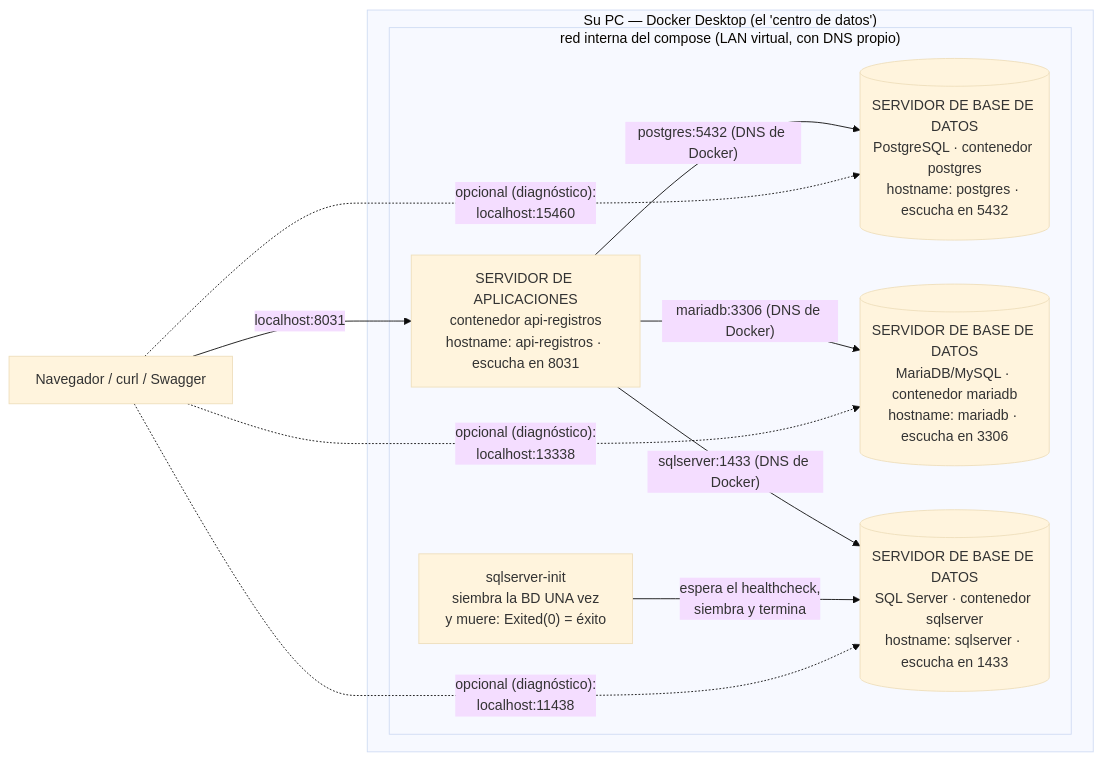
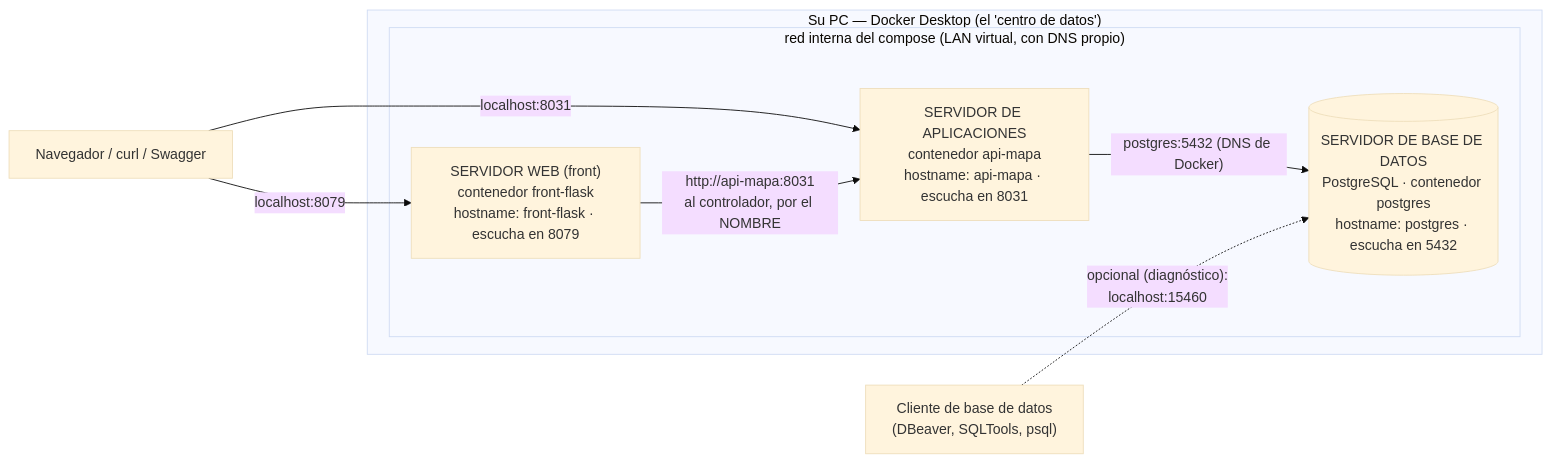
Before and after one commit to ccastro2050/proyecto_paradigmas_mapa_conocimiento1: the first of 2 diagrams in docs/CONCEPTOS_DOCKER.md, drawn with Mermaid (base theme). The commit also changed other lines of this file, not shown here.

Commit message:
docs(docker): el diagrama sale del docker-compose real, y ninguna flecha miente
Tres cosas que el dibujo decia y no eran ciertas:

1. Una flecha punteada iba del FRONT a una base de datos para decir que NO
   existe. Dibujar lo que no pasa ensena lo contrario: lo que queda es la
   linea, y ademas sugeria que lo unico que lo impide es estar en otra red.
   Se quita. El front habla con los controladores de la API y ahi se acaba.

2. La punteada al puerto de la base salia del navegador, y un navegador no
   habla SQL. Esa conexion si existe, pero quien la usa es un cliente de base
   de datos: ahora tiene su propio nodo.

3. El diagrama de despliegue venia copiado de otro proyecto: dibujaba
   contenedores que no existen aqui, se saltaba el front entero y citaba
   puertos de otro repositorio. Ahora se genera desde el docker-compose.yml
   de ESTE repo: un nodo por servicio declarado, una puerta localhost:N solo
   si el compose la publica, y una flecha entre servicios solo si uno nombra
   al otro en su environment o en depends_on.

Verificado: 169 puertas dibujadas, 0 que el compose no publique; 0 repos con
contenedores inventados u omitidos; los diagramas renderizan con mmdc.

````diff
--- a/docs/CONCEPTOS_DOCKER.md
+++ b/docs/CONCEPTOS_DOCKER.md
@@ -195,21 +195,17 @@
 ```mermaid
 flowchart LR
     NAV["Navegador / curl / Swagger"]
+    CLIENTE["Cliente de base de datos<br/>(DBeaver, SQLTools, psql)"]
     subgraph PC["Su PC — Docker Desktop (el 'centro de datos')"]
         subgraph RED["red interna del compose (LAN virtual, con DNS propio)"]
-            APIFACTURAS["SERVIDOR DE APLICACIONES<br/>contenedor api-registros<br/>hostname: api-registros · escucha en 8031"]
+            FRONTFLASK["SERVIDOR WEB (front)<br/>contenedor front-flask<br/>hostname: front-flask · escucha en 8079"]
+            APIMAPA["SERVIDOR DE APLICACIONES<br/>contenedor api-mapa<br/>hostname: api-mapa · escucha en 8031"]
             POSTGRES[("SERVIDOR DE BASE DE DATOS<br/>PostgreSQL · contenedor postgres<br/>hostname: postgres · escucha en 5432")]
-            MARIADB[("SERVIDOR DE BASE DE DATOS<br/>MariaDB/MySQL · contenedor mariadb<br/>hostname: mariadb · escucha en 3306")]
-            SQLSERVER[("SERVIDOR DE BASE DE DATOS<br/>SQL Server · contenedor sqlserver<br/>hostname: sqlserver · escucha en 1433")]
-            SQLSERVERINIT["sqlserver-init<br/>siembra la BD UNA vez<br/>y muere: Exited(0) = éxito"]
         end
     end
-    NAV -->|"localhost:8031"| APIFACTURAS
-    APIFACTURAS -->|"postgres:5432 (DNS de Docker)"| POSTGRES
-    APIFACTURAS -->|"mariadb:3306 (DNS de Docker)"| MARIADB
-    APIFACTURAS -->|"sqlserver:1433 (DNS de Docker)"| SQLSERVER
-    SQLSERVERINIT -->|"espera el healthcheck,<br/>siembra y termina"| SQLSERVER
-    NAV -.->|"opcional (diagnóstico):<br/>localhost:15460"| POSTGRES
-    NAV -.->|"opcional (diagnóstico):<br/>localhost:13338"| MARIADB
-    NAV -.->|"opcional (diagnóstico):<br/>localhost:11438"| SQLSERVER
+    NAV -->|"localhost:8031"| APIMAPA
+    NAV -->|"localhost:8079"| FRONTFLASK
+    APIMAPA -->|"postgres:5432 (DNS de Docker)"| POSTGRES
+    FRONTFLASK -->|"http://api-mapa:8031<br/>al controlador, por el NOMBRE"| APIMAPA
+    CLIENTE -.->|"opcional (diagnóstico):<br/>localhost:15460"| POSTGRES
 ```
````
